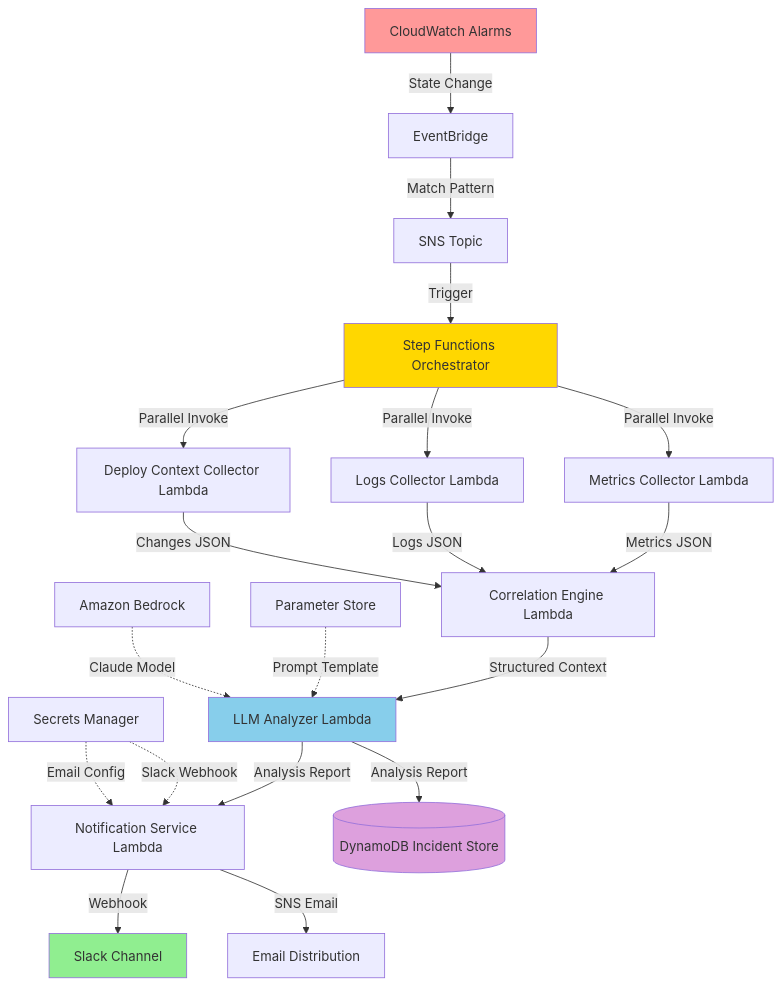
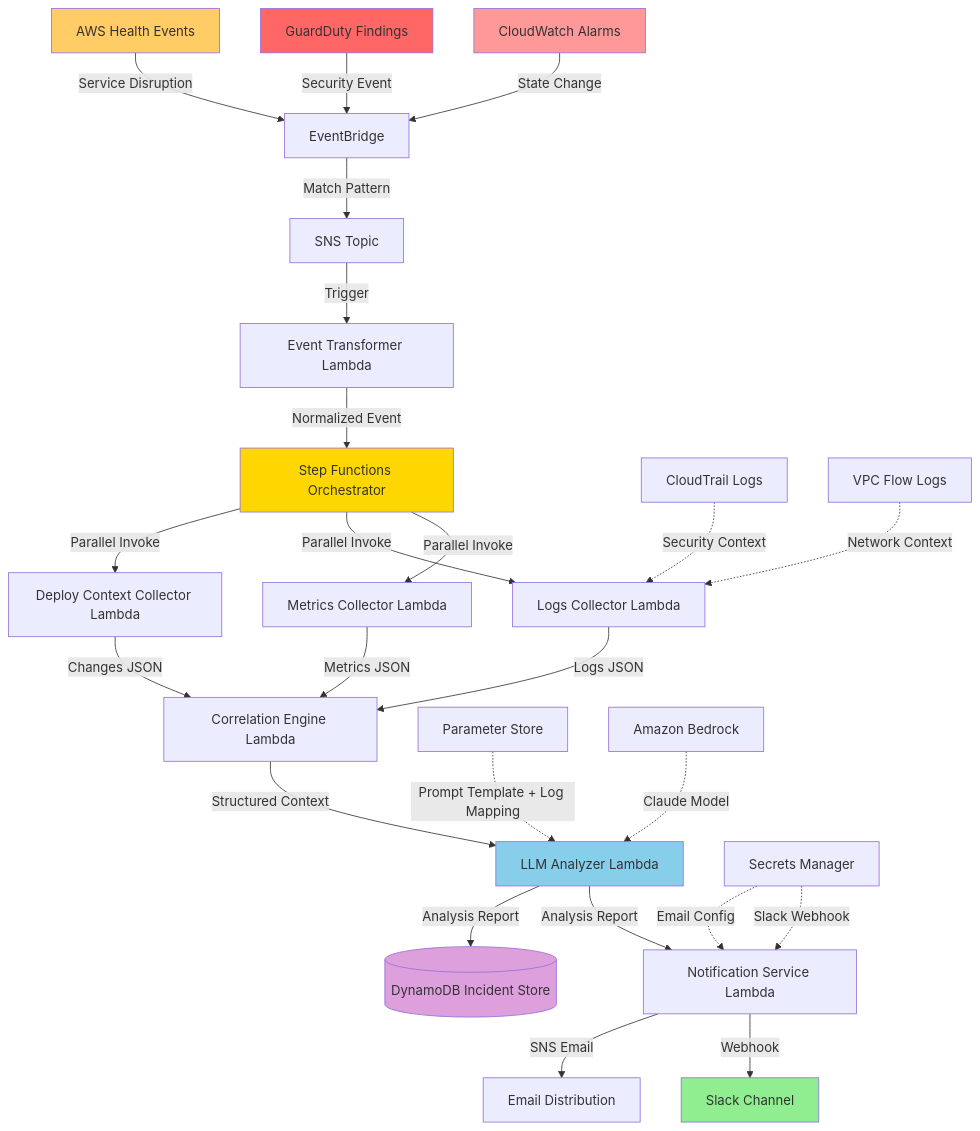
One commit to iEric0228/AI-SRE-INCIDENT-ANALYSIS-SYSTEM-AWS- changed the diagram in README.md. Above: the diagram before and after it, drawn with Mermaid. The commit also changed other lines of this file and 15 other files, not shown here.

````diff
--- a/README.md
+++ b/README.md
@@ -98,32 +101,39 @@
 ```mermaid
 graph TB
     CW[CloudWatch Alarms] -->|State Change| EB[EventBridge]
+    GD[GuardDuty Findings] -->|Security Event| EB
+    AH[AWS Health Events] -->|Service Disruption| EB
     EB -->|Match Pattern| SNS[SNS Topic]
-    SNS -->|Trigger| SF[Step Functions Orchestrator]
-    
+    SNS -->|Trigger| ET[Event Transformer Lambda]
+    ET -->|Normalized Event| SF[Step Functions Orchestrator]
+
     SF -->|Parallel Invoke| MC[Metrics Collector Lambda]
     SF -->|Parallel Invoke| LC[Logs Collector Lambda]
     SF -->|Parallel Invoke| DC[Deploy Context Collector Lambda]
-    
+
     MC -->|Metrics JSON| CE[Correlation Engine Lambda]
     LC -->|Logs JSON| CE
     DC -->|Changes JSON| CE
-    
+
     CE -->|Structured Context| LLM[LLM Analyzer Lambda]
     LLM -->|Analysis Report| NS[Notification Service Lambda]
     LLM -->|Analysis Report| DB[(DynamoDB Incident Store)]
-    
+
     NS -->|Webhook| Slack[Slack Channel]
     NS -->|SNS Email| Email[Email Distribution]
-    
+
     SM[Secrets Manager] -.->|Slack Webhook| NS
     SM -.->|Email Config| NS
-    PS[Parameter Store] -.->|Prompt Template| LLM
+    PS[Parameter Store] -.->|Prompt Template + Log Mapping| LLM
     BR[Amazon Bedrock] -.->|Claude Model| LLM
-    
+    CT[CloudTrail Logs] -.->|Security Context| LC
+    VPC[VPC Flow Logs] -.->|Network Context| LC
+
     style CW fill:#ff9999
+    style GD fill:#ff6666
+    style AH fill:#ffcc66
     style SF fill:#ffd700
     style LLM fill:#87ceeb
     style DB fill:#dda0dd
     style Slack fill:#90ee90
 ```
````
